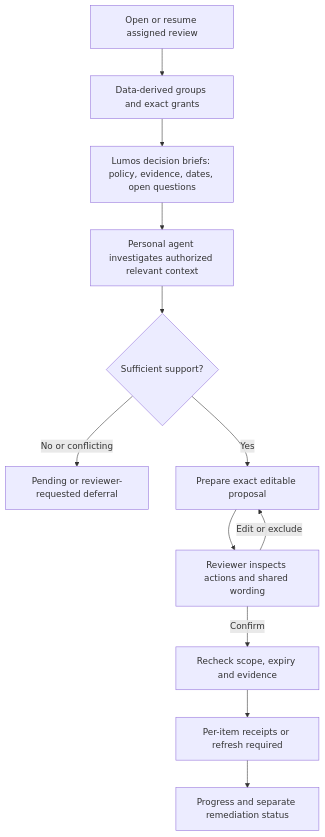
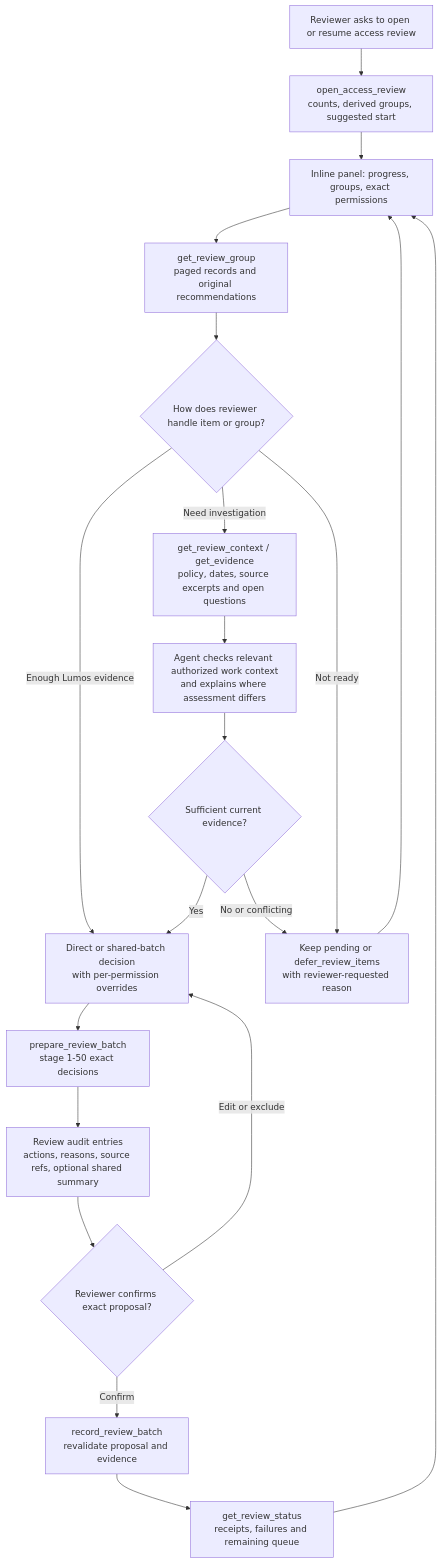
Before and after one commit to BlakeB-PM/lumos-review-demo: the second of 6 diagrams in docs/diagrams.md, drawn with Mermaid. The commit also changed other lines of this file, not shown here.

Commit message:
docs: expand MCP architecture and access review workflow diagrams

````diff
--- a/docs/diagrams.md
+++ b/docs/diagrams.md
@@ -3,14 +49,22 @@
 ```mermaid
 flowchart TD
-  A[Open or resume assigned review] --> B[Data-derived groups and exact grants]
-  B --> C[Lumos decision briefs: policy, evidence, dates, open questions]
-  C --> D[Personal agent investigates authorized relevant context]
-  D --> E{Sufficient support?}
-  E -->|No or conflicting| F[Pending or reviewer-requested deferral]
-  E -->|Yes| G[Prepare exact editable proposal]
-  G --> H[Reviewer inspects actions and shared wording]
-  H -->|Edit or exclude| G
-  H -->|Confirm| I[Recheck scope, expiry and evidence]
-  I --> J[Per-item receipts or refresh required]
-  J --> K[Progress and separate remediation status]
+  Start["Reviewer asks to open or resume access review"] --> Open["open_access_review<br/>counts, derived groups, suggested start"]
+  Open --> Queue["Inline panel: progress, groups, exact permissions"]
+  Queue --> Group["get_review_group<br/>paged records and original recommendations"]
+  Group --> Choice{"How does reviewer handle item or group?"}
+  Choice -->|"Enough Lumos evidence"| Direct["Direct or shared-batch decision<br/>with per-permission overrides"]
+  Choice -->|"Need investigation"| Context["get_review_context / get_evidence<br/>policy, dates, source excerpts and open questions"]
+  Context --> Agent["Agent checks relevant authorized work context<br/>and explains where assessment differs"]
+  Agent --> Supported{"Sufficient current evidence?"}
+  Supported -->|"Yes"| Direct
+  Supported -->|"No or conflicting"| Pending["Keep pending or defer_review_items<br/>with reviewer-requested reason"]
+  Choice -->|"Not ready"| Pending
+  Direct --> Prepare["prepare_review_batch<br/>stage 1-50 exact decisions"]
+  Prepare --> Preview["Review audit entries<br/>actions, reasons, source refs, optional shared summary"]
+  Preview --> Edit{"Reviewer confirms exact proposal?"}
+  Edit -->|"Edit or exclude"| Direct
+  Edit -->|"Confirm"| Record["record_review_batch<br/>revalidate proposal and evidence"]
+  Record --> Status["get_review_status<br/>receipts, failures and remaining queue"]
+  Pending --> Queue
+  Status --> Queue
 ```
````
